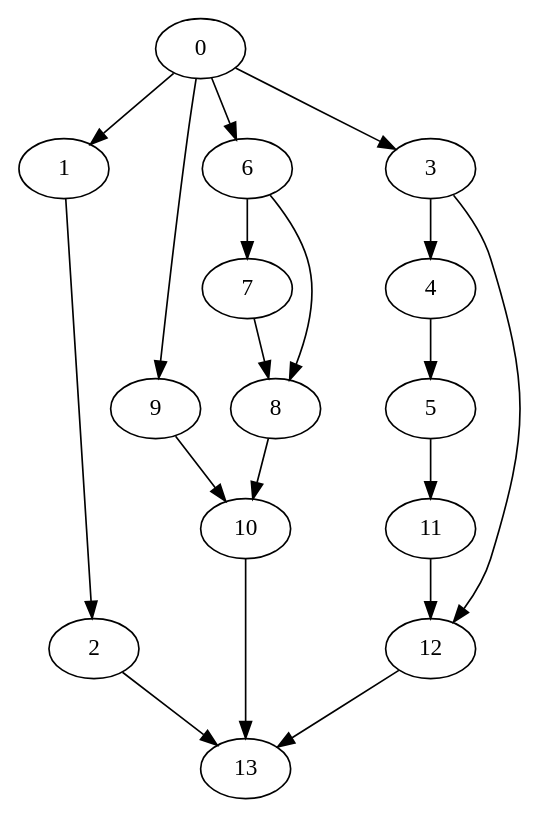
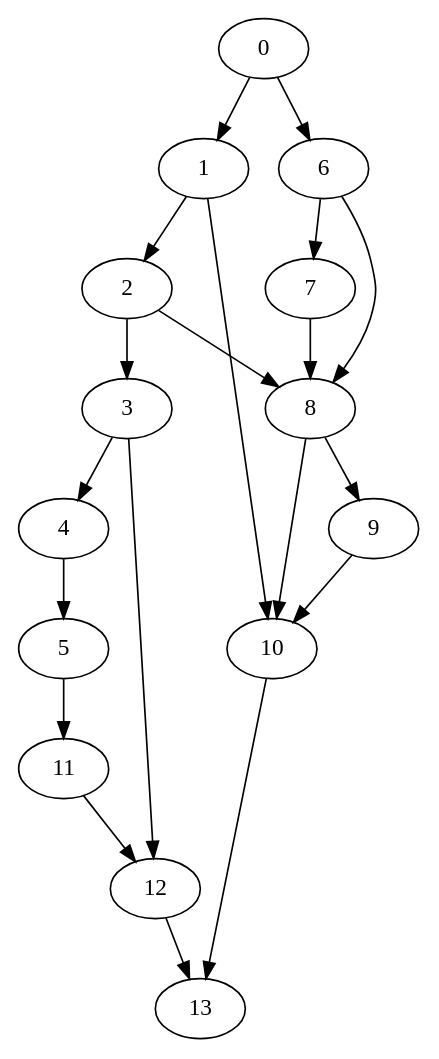
One commit to chgogos/DagScheduling2016 changed the diagram in small.dot. Above: the diagram before and after it, drawn with Graphviz. The commit also changed 2 other files, not shown here.

```diff
--- a/small.dot
+++ b/small.dot
@@ -1,20 +1,21 @@
 digraph small {
+0 -> 1;
+0 -> 6;
+1 -> 2;
+1 -> 10;
+2 -> 3;
+2 -> 8;
+3 -> 4;
+3 -> 12;
 4 -> 5;
+5 -> 11;
 6 -> 7;
-0 -> 1;
+6 -> 8;
+7 -> 8;
+8 -> 9;
+8 -> 10;
+9 -> 10;
+10 -> 13;
+11 -> 12;
 12 -> 13;
-6 -> 8;
-8 -> 10;
-0 -> 3;
-10 -> 13;
-0 -> 6;
-0 -> 9;
-2 -> 13;
-1 -> 2;
-3 -> 4;
-7 -> 8;
-9 -> 10;
-11 -> 12;
-5 -> 11;
-3 -> 12;
  }
```
